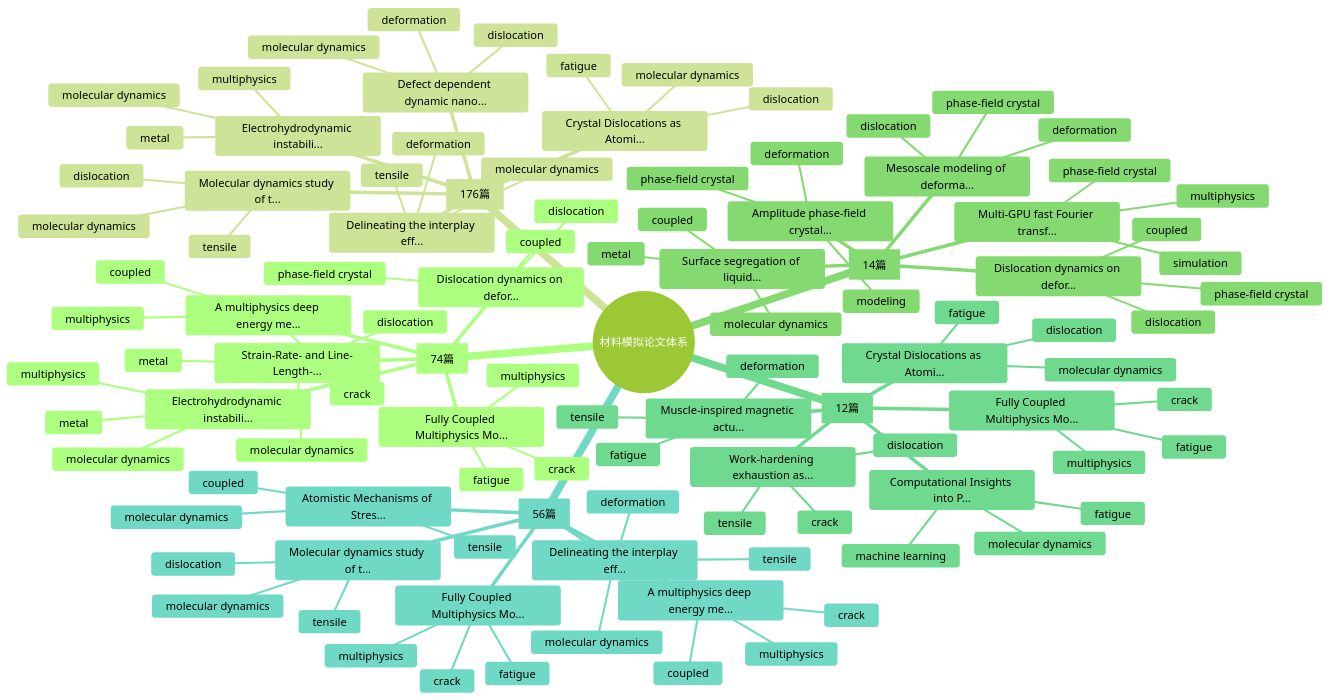
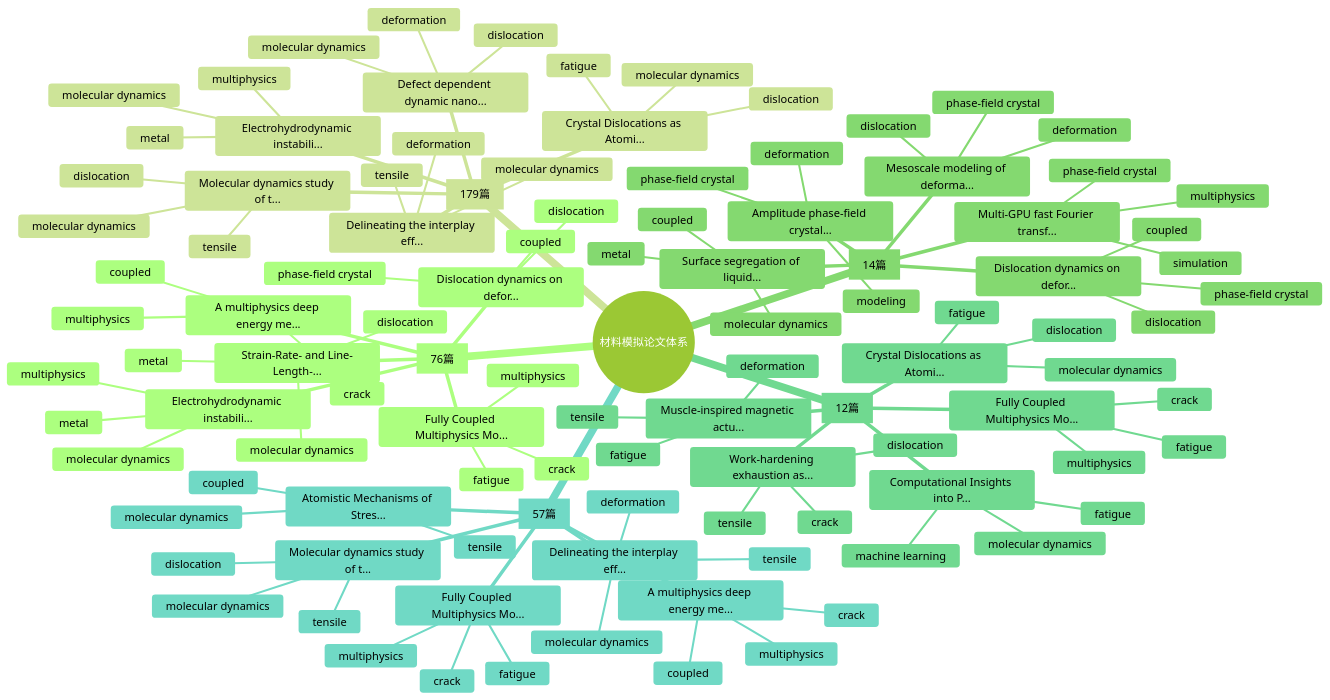
One commit to Shirakawa11111/BJK_readpaper changed the first of 2 diagrams in reports/knowledge_graph.md. Above: the diagram before and after it, drawn with Mermaid (forest theme). The commit also changed other lines of this file and 11 other files, not shown here.

````diff
--- a/reports/knowledge_graph.md
+++ b/reports/knowledge_graph.md
@@ -7,7 +7,7 @@
 ```mermaid
 mindmap
   root((材料模拟论文体系))
-    Multiphysics Coupling [74篇]
+    Multiphysics Coupling [76篇]
       Fully Coupled Multiphysics Mo...
         fatigue
         multiphysics
@@ -28,7 +28,7 @@
         molecular dynamics
         dislocation
         metal
-    Molecular Dynamics [176篇]
+    Molecular Dynamics [179篇]
       Crystal Dislocations as Atomi...
         molecular dynamics
         fatigue
@@ -91,7 +91,7 @@
         fatigue
         tensile
         deformation
-    Tensile / Deformation Simulation [56篇]
+    Tensile / Deformation Simulation [57篇]
       Fully Coupled Multiphysics Mo...
         fatigue
         multiphysics
````
